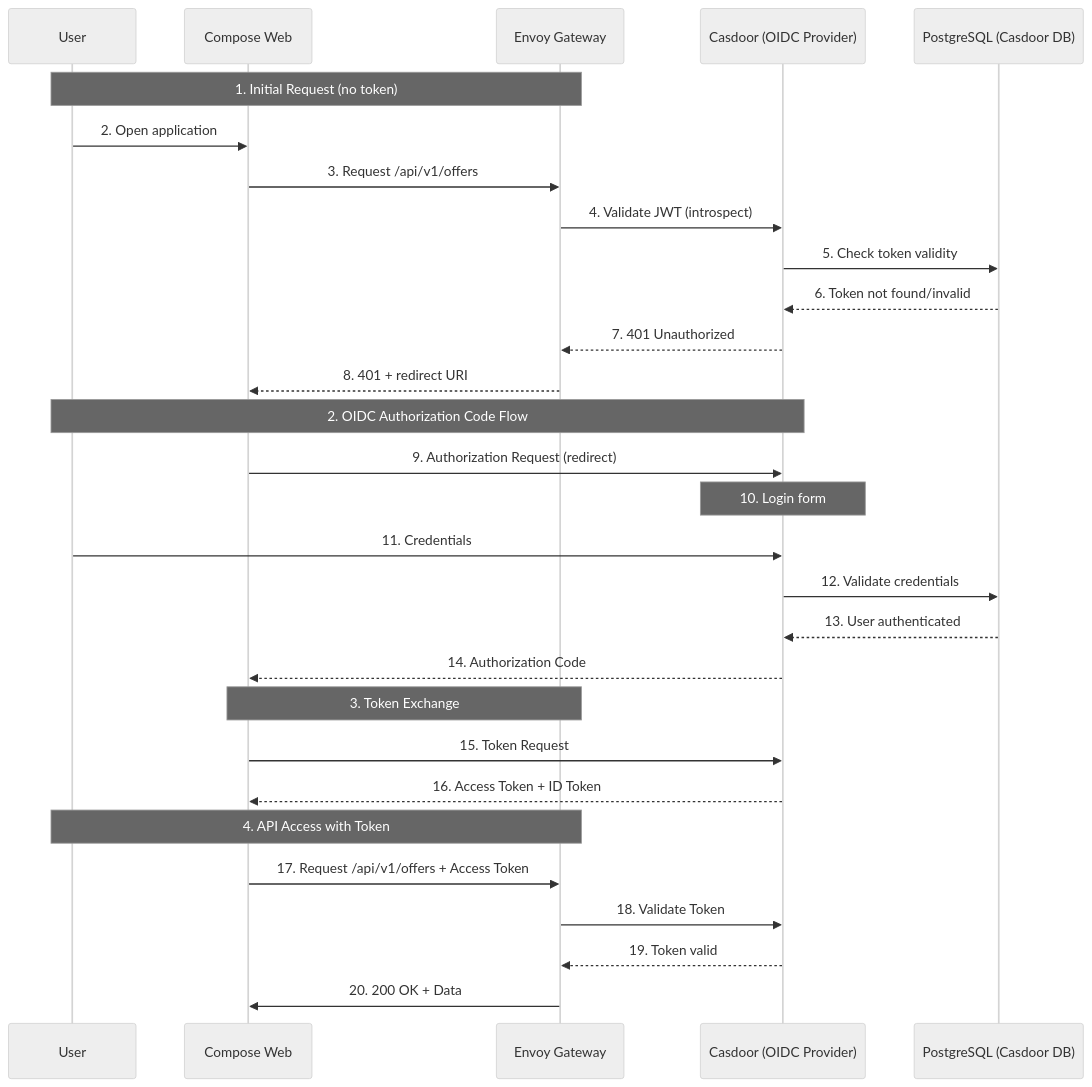
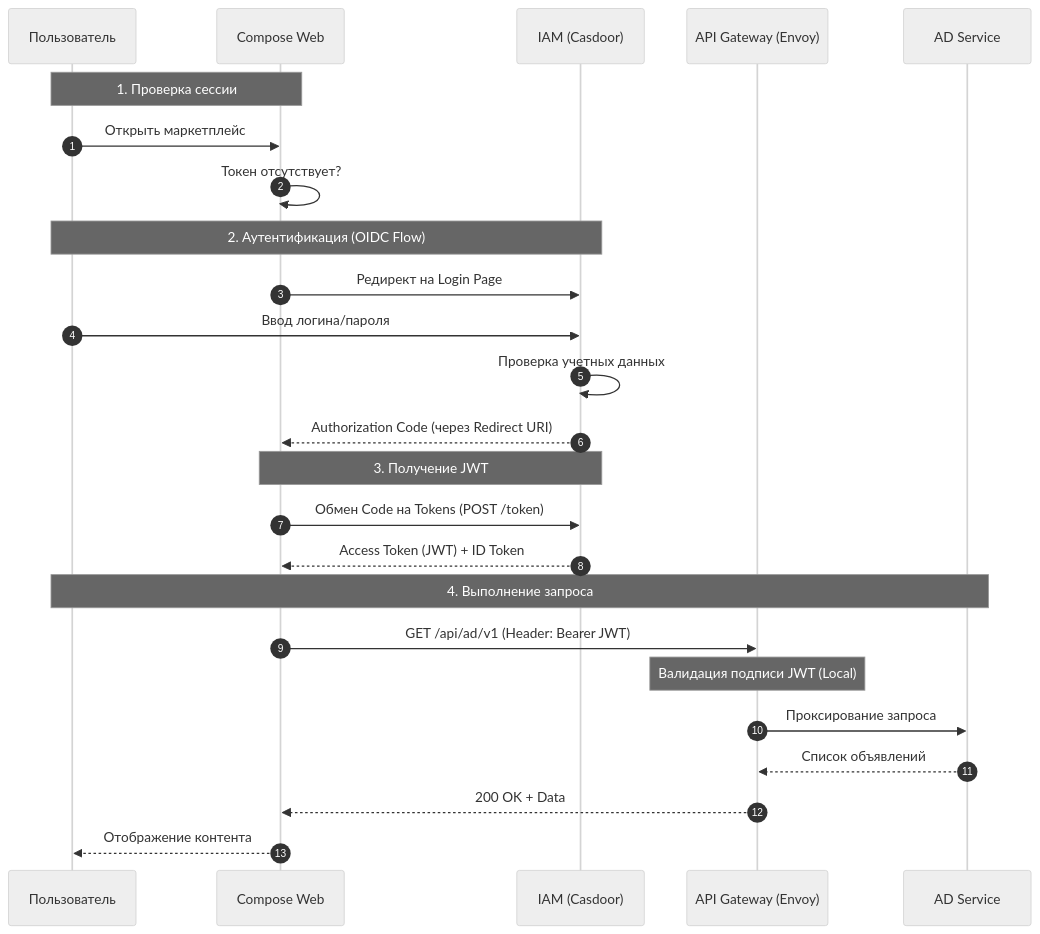
One commit to otuskotlin/202602-ok-marketplace changed the second of 5 diagrams in docs/architecture/c4-2-container.md. Above: the diagram before and after it, drawn with Mermaid (neutral theme). The commit also changed other lines of this file and 6 other files, not shown here.

````diff
--- a/docs/architecture/c4-2-container.md
+++ b/docs/architecture/c4-2-container.md
@@ -127,35 +271,31 @@
 ```mermaid
 sequenceDiagram
-    participant User as User
-    participant Frontend as Compose Web
-    participant Gateway as Envoy Gateway
-    participant Casdoor as Casdoor (OIDC Provider)
-    participant DB as PostgreSQL (Casdoor DB)
-    
-    Note over User, Gateway: 1. Initial Request (no token)
-    User->>Frontend: 2. Open application
-    Frontend->>Gateway: 3. Request /api/v1/offers
-    Gateway->>Casdoor: 4. Validate JWT (introspect)
-    Casdoor->>DB: 5. Check token validity
-    DB-->>Casdoor: 6. Token not found/invalid
-    Casdoor-->>Gateway: 7. 401 Unauthorized
-    Gateway-->>Frontend: 8. 401 + redirect URI
-    
-    Note over User, Casdoor: 2. OIDC Authorization Code Flow
-    Frontend->>Casdoor: 9. Authorization Request (redirect)
-    Note over Casdoor: 10. Login form
-    User->>Casdoor: 11. Credentials
-    Casdoor->>DB: 12. Validate credentials
-    DB-->>Casdoor: 13. User authenticated
-    Casdoor-->>Frontend: 14. Authorization Code
-    
-    Note over Frontend, Gateway: 3. Token Exchange
-    Frontend->>Casdoor: 15. Token Request
-    Casdoor-->>Frontend: 16. Access Token + ID Token
-    
-    Note over User, Gateway: 4. API Access with Token
-    Frontend->>Gateway: 17. Request /api/v1/offers + Access Token
-    Gateway->>Casdoor: 18. Validate Token
-    Casdoor-->>Gateway: 19. Token valid
-    Gateway->>Frontend: 20. 200 OK + Data
+    autonumber
+    participant User as Пользователь
+    participant Web as Compose Web
+    participant IAM as IAM (Casdoor)
+    participant GW as API Gateway (Envoy)
+    participant AD as AD Service
+
+    Note over User, Web: 1. Проверка сессии
+    User->>Web: Открыть маркетплейс
+    Web->>Web: Токен отсутствует?
+
+    Note over User, IAM: 2. Аутентификация (OIDC Flow)
+    Web->>IAM: Редирект на Login Page
+    User->>IAM: Ввод логина/пароля
+    IAM->>IAM: Проверка учетных данных
+    IAM-->>Web: Authorization Code (через Redirect URI)
+
+    Note over Web, IAM: 3. Получение JWT
+    Web->>IAM: Обмен Code на Tokens (POST /token)
+    IAM-->>Web: Access Token (JWT) + ID Token
+
+    Note over User, AD: 4. Выполнение запроса
+    Web->>GW: GET /api/ad/v1 (Header: Bearer JWT)
+    Note over GW: Валидация подписи JWT (Local)
+    GW->>AD: Проксирование запроса
+    AD-->>GW: Список объявлений
+    GW-->>Web: 200 OK + Data
+    Web-->>User: Отображение контента
 ```
````
